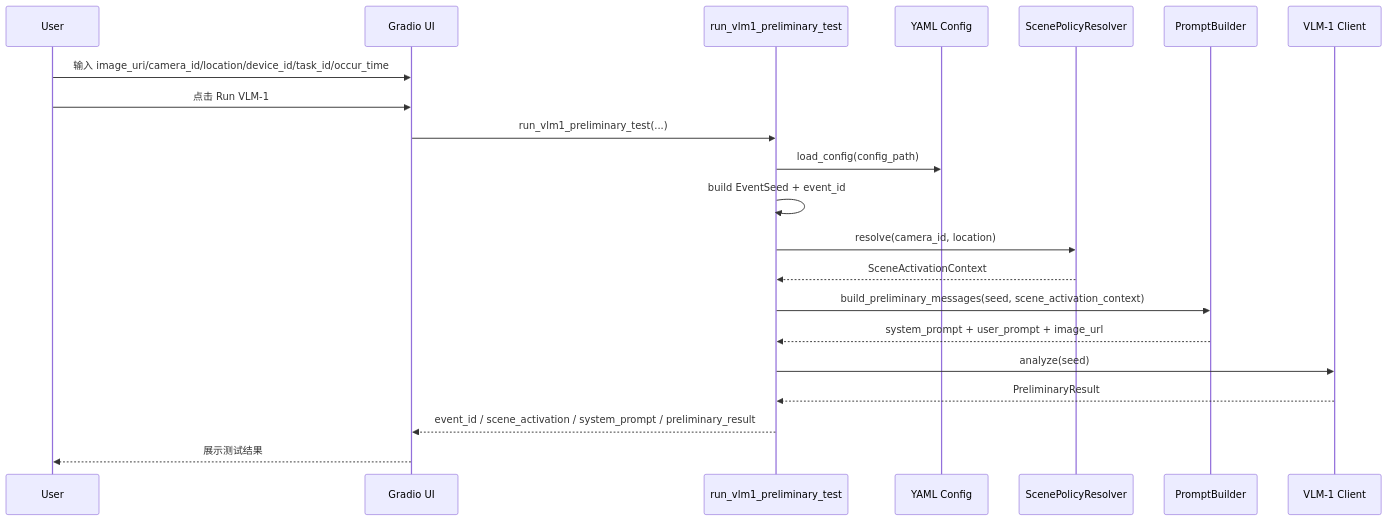
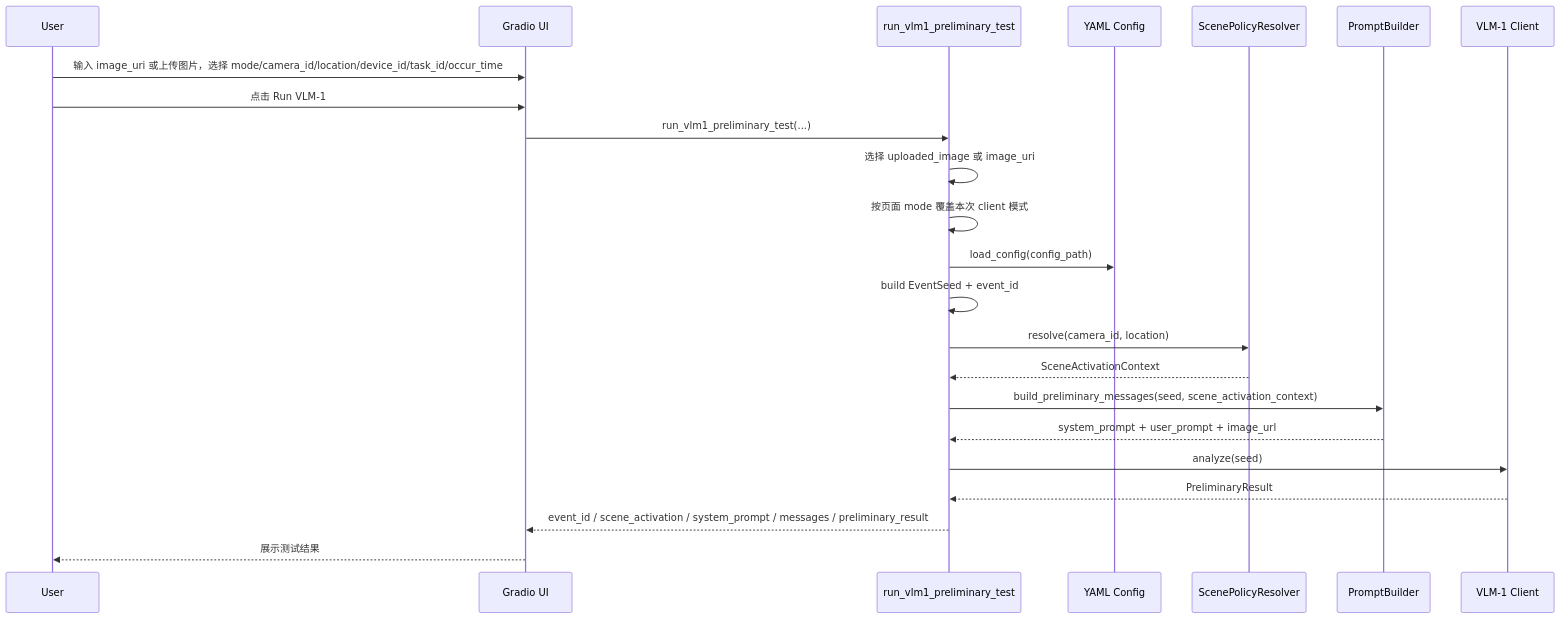
The first of 2 diagrams in docs/plans/2026-03-12-gradio-vlm1-tester-design.md (krisandchris/ares_agent), drawn with Mermaid before and after one commit. The commit also changed other lines of this file and 3 other files, not shown here.

````diff
--- a/docs/plans/2026-03-12-gradio-vlm1-tester-design.md
+++ b/docs/plans/2026-03-12-gradio-vlm1-tester-design.md
@@ -122,24 +139,26 @@
 ```mermaid
 sequenceDiagram
     participant User as User
     participant UI as Gradio UI
     participant Tester as run_vlm1_preliminary_test
     participant Config as YAML Config
     participant Resolver as ScenePolicyResolver
     participant Builder as PromptBuilder
     participant VLM1 as VLM-1 Client
 
-    User->>UI: 输入 image_uri/camera_id/location/device_id/task_id/occur_time
+    User->>UI: 输入 image_uri 或上传图片，选择 mode/camera_id/location/device_id/task_id/occur_time
     User->>UI: 点击 Run VLM-1
     UI->>Tester: run_vlm1_preliminary_test(...)
+    Tester->>Tester: 选择 uploaded_image 或 image_uri
+    Tester->>Tester: 按页面 mode 覆盖本次 client 模式
     Tester->>Config: load_config(config_path)
     Tester->>Tester: build EventSeed + event_id
     Tester->>Resolver: resolve(camera_id, location)
     Resolver-->>Tester: SceneActivationContext
     Tester->>Builder: build_preliminary_messages(seed, scene_activation_context)
     Builder-->>Tester: system_prompt + user_prompt + image_url
     Tester->>VLM1: analyze(seed)
     VLM1-->>Tester: PreliminaryResult
-    Tester-->>UI: event_id / scene_activation / system_prompt / preliminary_result
+    Tester-->>UI: event_id / scene_activation / system_prompt / messages / preliminary_result
     UI-->>User: 展示测试结果
 ```
````
